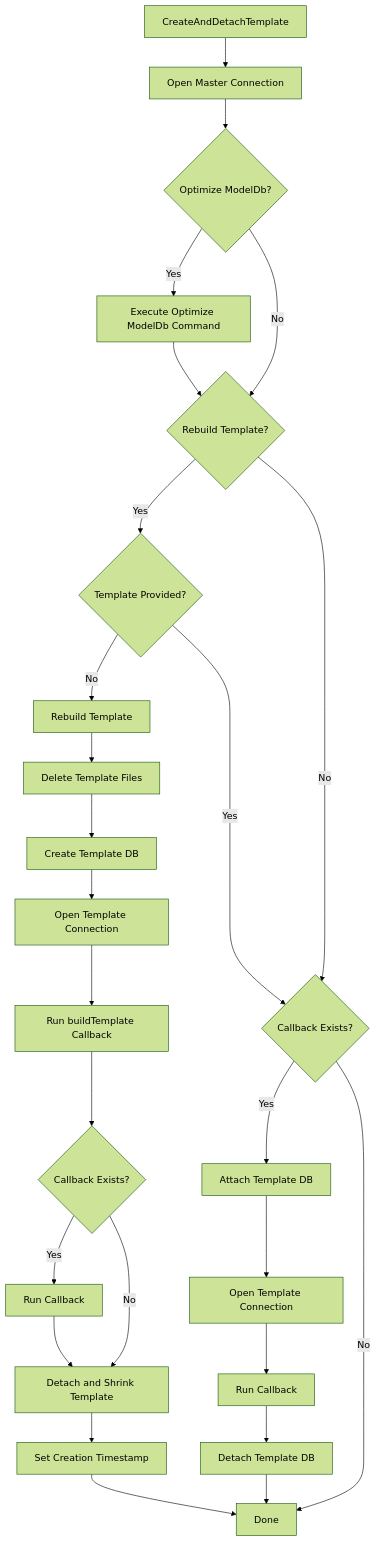
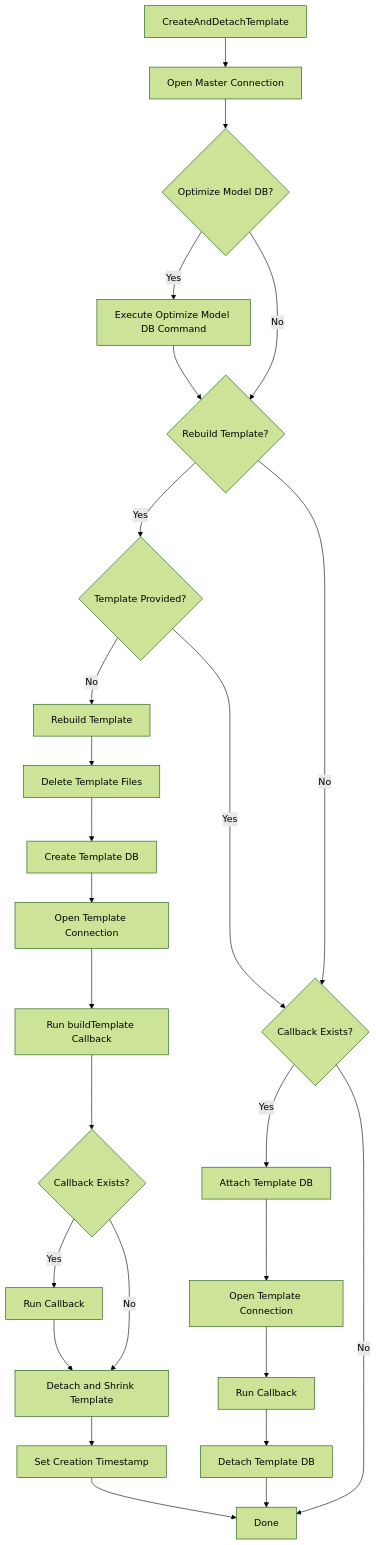
One commit to SimonCropp/LocalDb changed the third of 5 diagrams in docs/mdsource/workflow.md. Above: the diagram before and after it, drawn with Mermaid (forest theme). The commit also changed other lines of this file, not shown here.

````diff
--- a/docs/mdsource/workflow.md
+++ b/docs/mdsource/workflow.md
@@ -74,34 +72,34 @@
 ```mermaid
 flowchart TD
     entry[CreateAndDetachTemplate] --> openMaster[Open Master Connection]
-    openMaster --> checkOptimize{Optimize ModelDb?}
+    openMaster --> checkOptimize{Optimize Model DB?}
 
-    checkOptimize -->|Yes| executeOptimize[Execute Optimize ModelDb Command]
+    checkOptimize -->|Yes| executeOptimize[Execute Optimize Model DB Command]
     executeOptimize --> checkRebuild{Rebuild Template?}
     checkOptimize -->|No| checkRebuild
 
     checkRebuild -->|Yes| checkProvided{Template Provided?}
     checkProvided -->|No| rebuildTemplate[Rebuild Template]
     checkProvided -->|Yes| checkCallback{Callback Exists?}
 
     checkRebuild -->|No| checkCallback
 
     rebuildTemplate --> deleteFiles[Delete Template Files]
     deleteFiles --> createTemplateDb[Create Template DB]
     createTemplateDb --> openTemplateConn[Open Template Connection]
     openTemplateConn --> runBuildTemplate[Run buildTemplate Callback]
     runBuildTemplate --> checkCallbackAfterBuild{Callback Exists?}
     checkCallbackAfterBuild -->|Yes| runCallbackAfterBuild[Run Callback]
     checkCallbackAfterBuild -->|No| detachShrink[Detach and Shrink Template]
     runCallbackAfterBuild --> detachShrink
     detachShrink --> setTimestamp[Set Creation Timestamp]
 
     checkCallback -->|Yes| attachTemplate[Attach Template DB]
     attachTemplate --> openForCallback[Open Template Connection]
     openForCallback --> runCallback[Run Callback]
     runCallback --> detachTemplate[Detach Template DB]
 
     checkCallback -->|No| done[Done]
     detachTemplate --> done
     setTimestamp --> done
 ```
````
